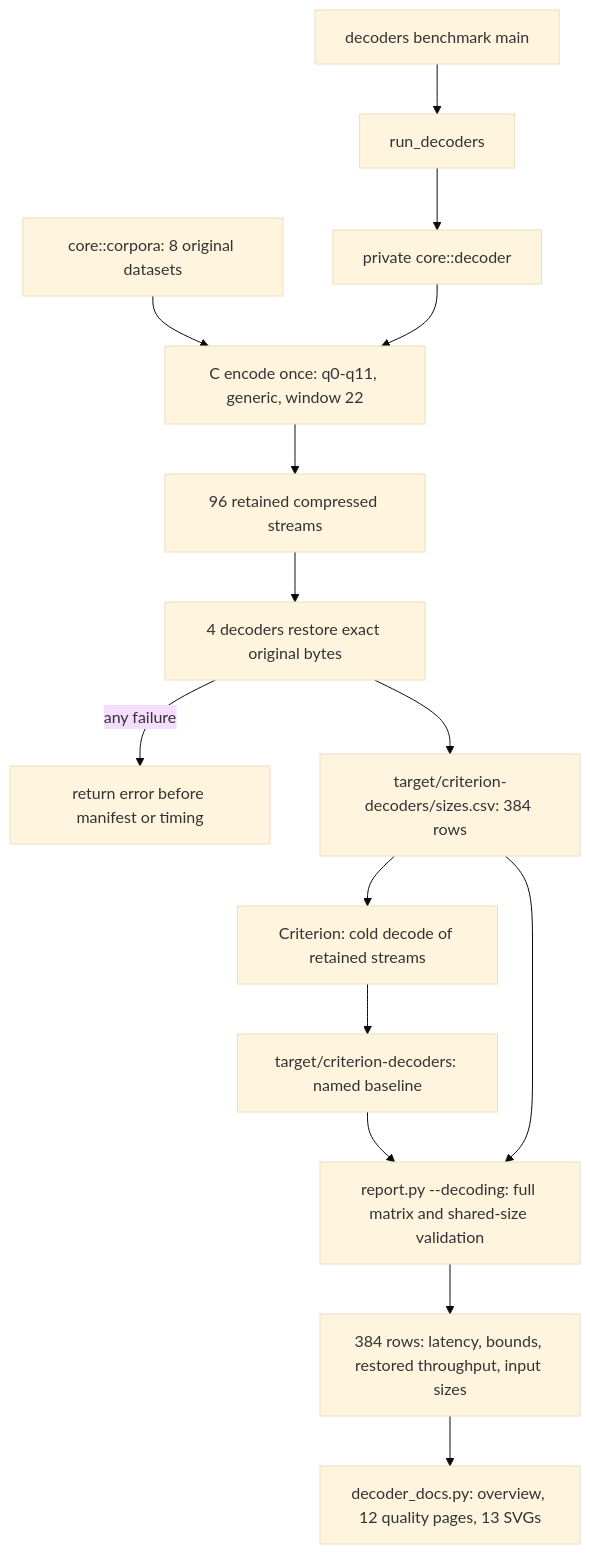
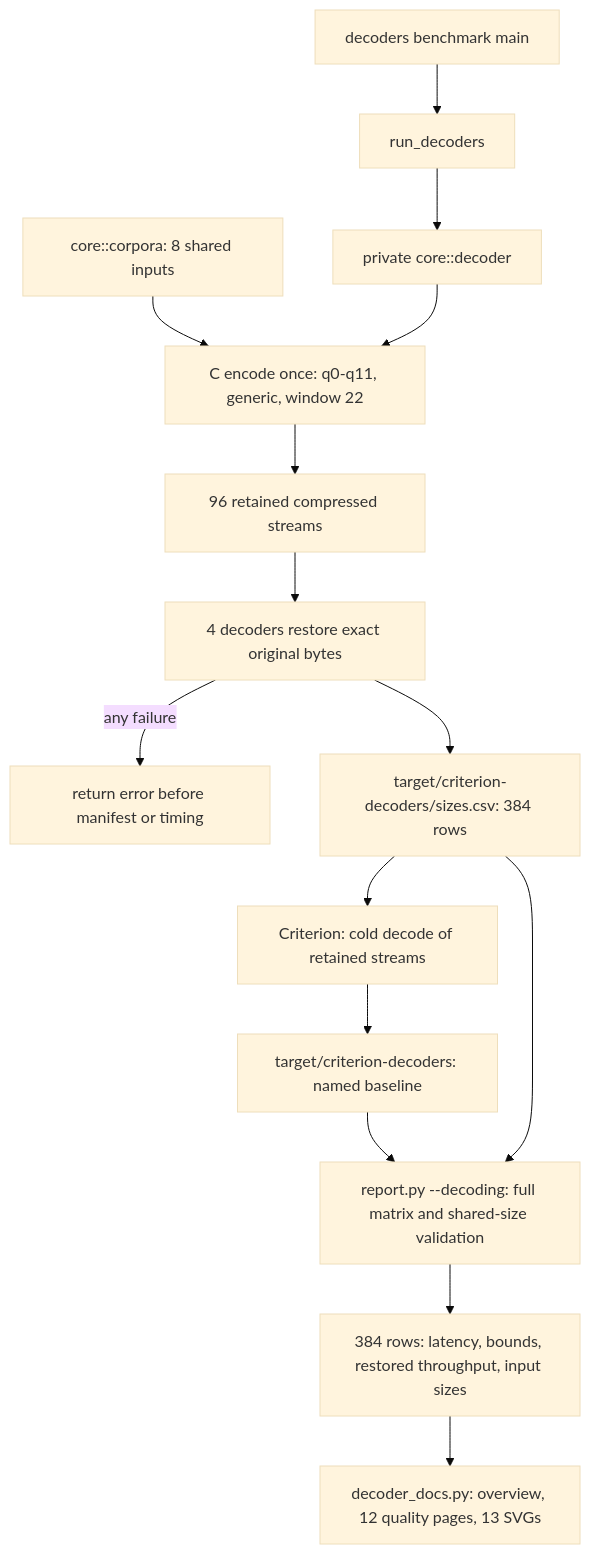
One commit to Mnwa/mbrotli changed the third of 3 diagrams in architecture/benchmark-comparison.md. Above: the diagram before and after it, drawn with Mermaid (base theme). The commit also changed other lines of this file and 59 other files, not shown here.

````diff
--- a/architecture/benchmark-comparison.md
+++ b/architecture/benchmark-comparison.md
@@ -146,17 +148,17 @@
 ```mermaid
 flowchart TD
     Main[decoders benchmark main] --> Public[run_decoders]
     Public --> Core[private core::decoder]
-    Corpora[core::corpora: 8 original datasets] --> Prepare
+    Corpora[core::corpora: 8 shared inputs] --> Prepare
     Core --> Prepare[C encode once: q0-q11, generic, window 22]
     Prepare --> Streams[96 retained compressed streams]
     Streams --> Validate[4 decoders restore exact original bytes]
     Validate -->|any failure| Abort[return error before manifest or timing]
     Validate --> Manifest[target/criterion-decoders/sizes.csv: 384 rows]
     Manifest --> Timing[Criterion: cold decode of retained streams]
     Timing --> Results[target/criterion-decoders: named baseline]
     Results --> Export[report.py --decoding: full matrix and shared-size validation]
     Manifest --> Export
     Export --> CSV[384 rows: latency, bounds, restored throughput, input sizes]
     CSV --> Docs[decoder_docs.py: overview, 12 quality pages, 13 SVGs]
 ```
````
